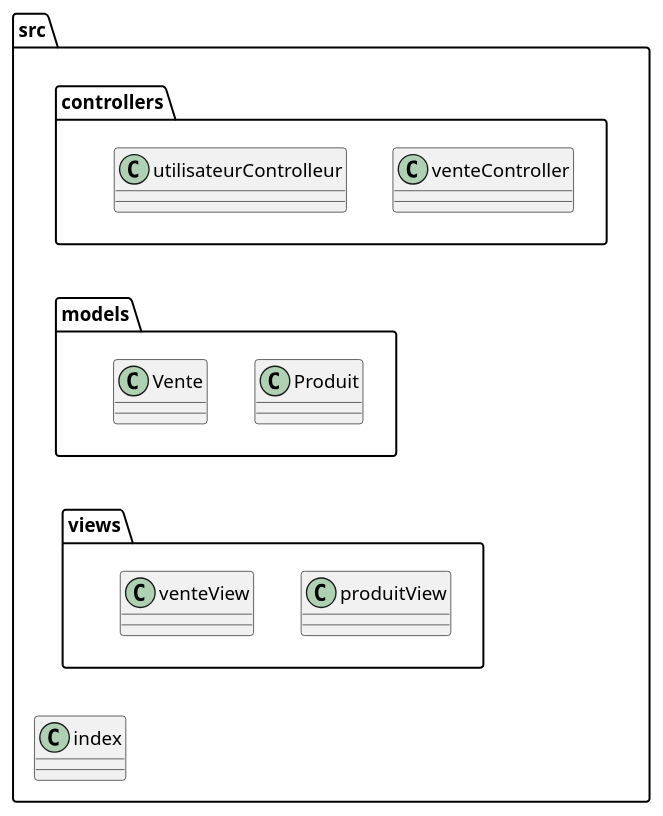
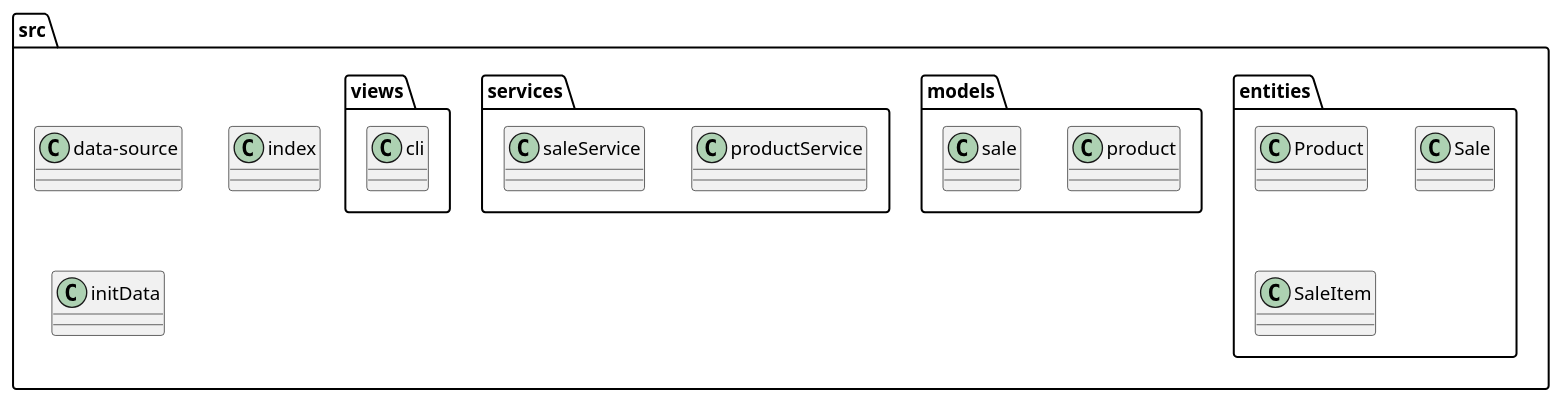
One commit to RaphaelMailhiot/LOG430-labo changed the diagram in docs/development/modules-organisation.puml. Above: the diagram before and after it, drawn with PlantUML. The commit also changed 9 other files, not shown here.

Commit message:
Update UML doc

```diff
--- a/docs/development/modules-organisation.puml
+++ b/docs/development/modules-organisation.puml
@@ -1,23 +1,25 @@
 @startuml
 
 package "src" {
-    package "controllers" as C {
-        class venteController
-        class utilisateurControlleur
+    package "entities" {
+        class Product
+        class Sale
+        class SaleItem
     }
-    package "models" as M {
-        class Produit
-        class Vente
+    package "models" {
+        class product
+        class sale
     }
-    package "views" as V {
-        class produitView
-        class venteView
+    package "services" {
+        class productService
+        class saleService
     }
-
+    package "views" {
+        class cli
+    }
+    class data-source
     class index
+    class initData
 }
 
-C -[hidden]down- M
-M -[hidden]down- V
-V -[hidden]down- index
 @enduml
```
